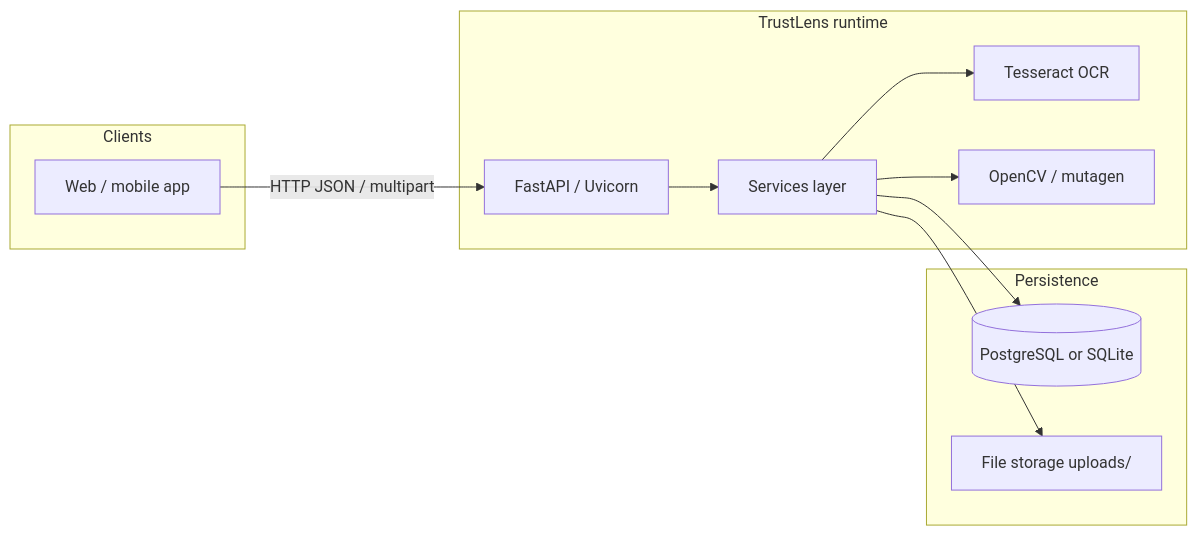
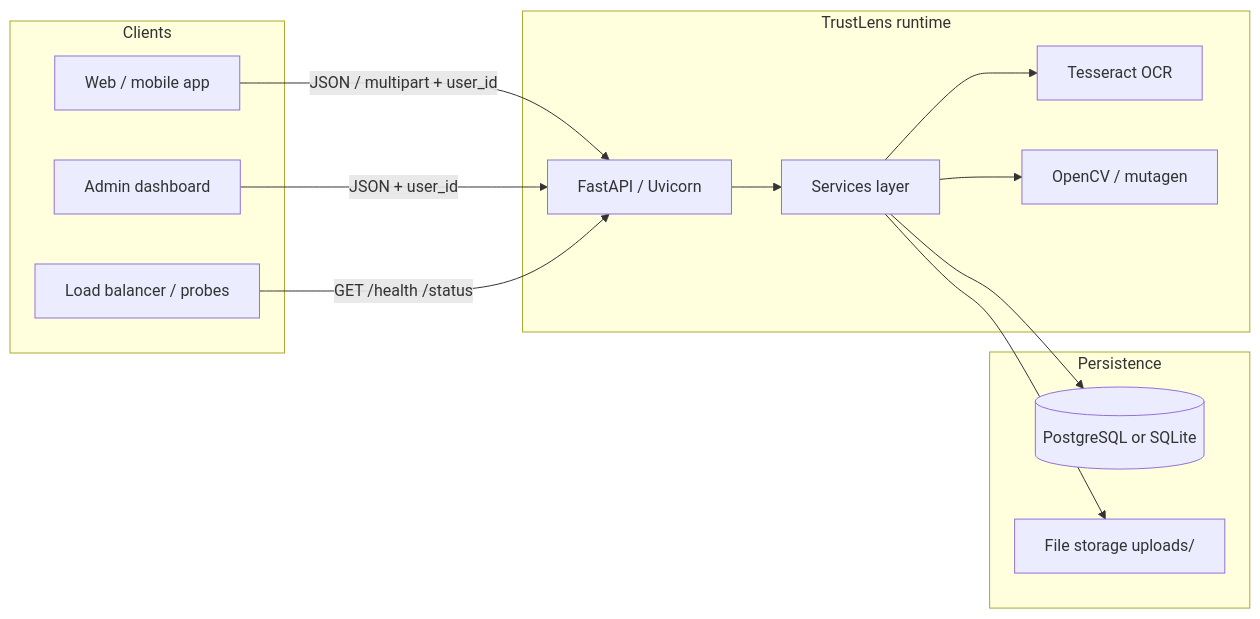
Before and after one commit to mikiashailu/TrustLens: the first of 8 diagrams in docs/ARCHITECTURE.md, drawn with Mermaid. The commit also changed other lines of this file and 39 other files, not shown here.

````diff
--- a/docs/ARCHITECTURE.md
+++ b/docs/ARCHITECTURE.md
@@ -9,25 +9,29 @@
 ```mermaid
 flowchart LR
   subgraph clients["Clients"]
     FE[Web / mobile app]
+    AD[Admin dashboard]
+    LB[Load balancer / probes]
   end
 
   subgraph runtime["TrustLens runtime"]
     API[FastAPI / Uvicorn]
     SVC[Services layer]
     OCR[Tesseract OCR]
     CV[OpenCV / mutagen]
   end
 
   subgraph persistence["Persistence"]
     PG[(PostgreSQL or SQLite)]
     FS[File storage uploads/]
   end
 
-  FE -->|HTTP JSON / multipart| API
+  FE -->|JSON / multipart + user_id| API
+  AD -->|JSON + user_id| API
+  LB -->|GET /health /status| API
   API --> SVC
   SVC --> PG
   SVC --> FS
   SVC --> OCR
   SVC --> CV
 ```
````
